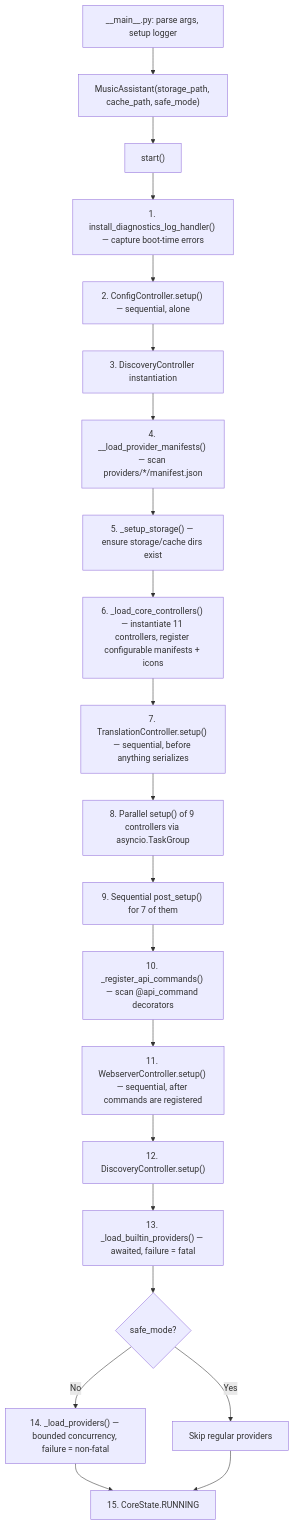
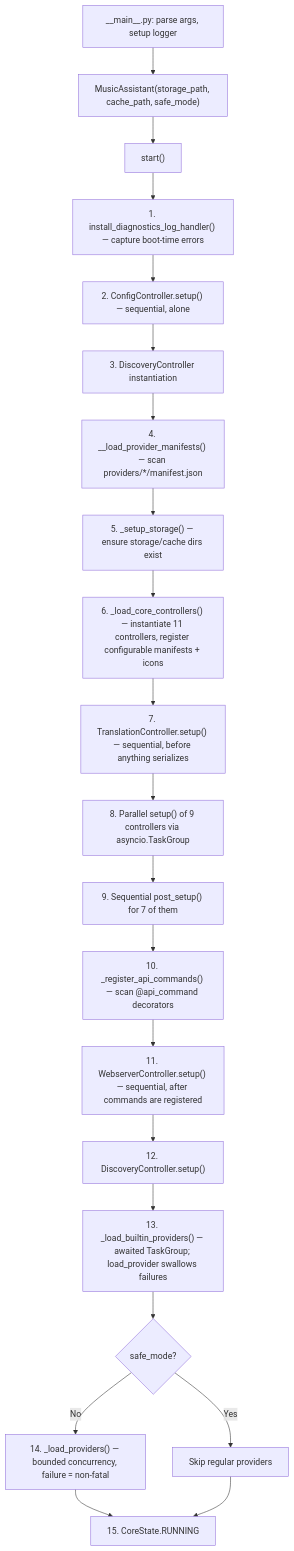
Before and after one commit to theturtle32/music-assistant-server: the diagram in docs/architecture/00-overview.md, drawn with Mermaid. The commit also changed other lines of this file and 14 other files, not shown here.

First line of the commit message:
docs(architecture): fix Critical/Major drift from independent verification

````diff
--- a/docs/architecture/00-overview.md
+++ b/docs/architecture/00-overview.md
@@ -93,23 +93,23 @@
 ```mermaid
 flowchart TD
     A["__main__.py: parse args, setup logger"] --> B["MusicAssistant(storage_path, cache_path, safe_mode)"]
     B --> C["start()"]
     C --> C2["1. install_diagnostics_log_handler() — capture boot-time errors"]
     C2 --> D["2. ConfigController.setup() — sequential, alone"]
     D --> E["3. DiscoveryController instantiation"]
     E --> F["4. __load_provider_manifests() — scan providers/*/manifest.json"]
     F --> G["5. _setup_storage() — ensure storage/cache dirs exist"]
     G --> H["6. _load_core_controllers() — instantiate 11 controllers, register configurable manifests + icons"]
     H --> I["7. TranslationController.setup() — sequential, before anything serializes"]
     I --> J["8. Parallel setup() of 9 controllers via asyncio.TaskGroup"]
     J --> K["9. Sequential post_setup() for 7 of them"]
     K --> L["10. _register_api_commands() — scan @api_command decorators"]
     L --> M["11. WebserverController.setup() — sequential, after commands are registered"]
     M --> N["12. DiscoveryController.setup()"]
-    N --> O["13. _load_builtin_providers() — awaited, failure = fatal"]
+    N --> O["13. _load_builtin_providers() — awaited TaskGroup; load_provider swallows failures"]
     O --> P{"safe_mode?"}
     P -- No --> Q["14. _load_providers() — bounded concurrency, failure = non-fatal"]
     P -- Yes --> R["Skip regular providers"]
     Q --> S["15. CoreState.RUNNING"]
     R --> S
 ```
````
